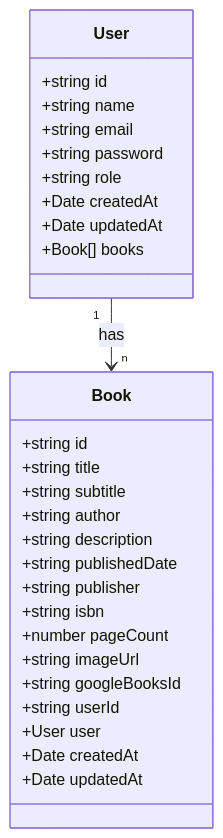
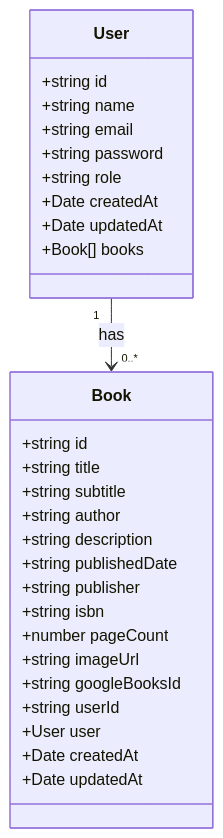
The second of 4 diagrams in README.md (Alexis077/clean_architecture_demo), drawn with Mermaid before and after one commit.

Commit message:
Actualizar la cardinalidad en el diagrama de entidades

````diff
--- a/README.md
+++ b/README.md
@@ -147,33 +147,33 @@
 ```mermaid
 classDiagram
     class User {
         +string id
         +string name
         +string email
         +string password
         +string role
         +Date createdAt
         +Date updatedAt
         +Book[] books
     }
     
     class Book {
         +string id
         +string title
         +string subtitle
         +string author
         +string description
         +string publishedDate
         +string publisher
         +string isbn
         +number pageCount
         +string imageUrl
         +string googleBooksId
         +string userId
         +User user
         +Date createdAt
         +Date updatedAt
     }
     
-    User "1" --> "n" Book : has
+    User "1" --> "0..*" Book : has
 ```
````
